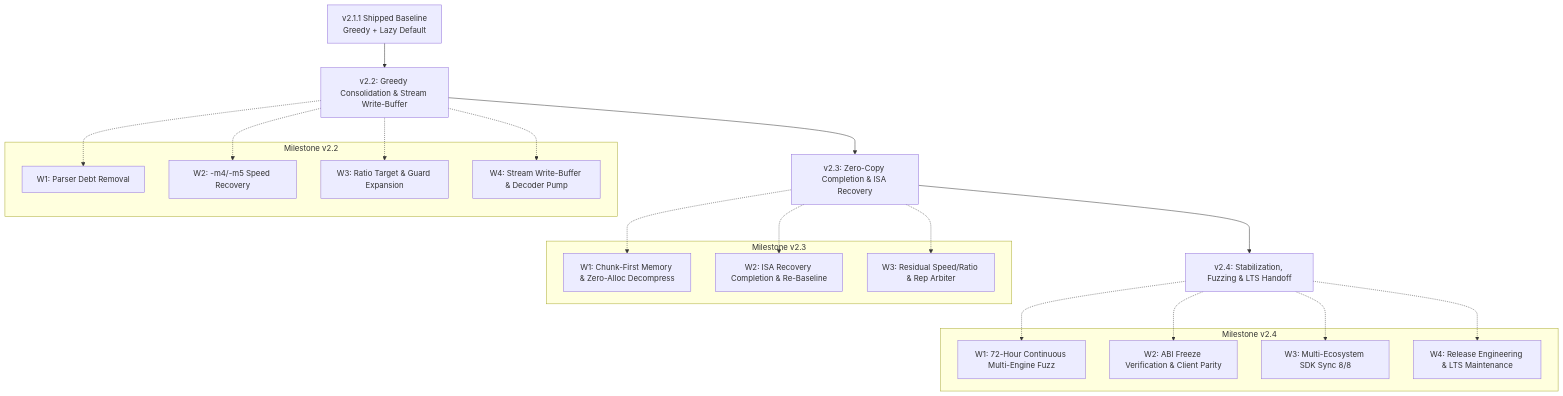
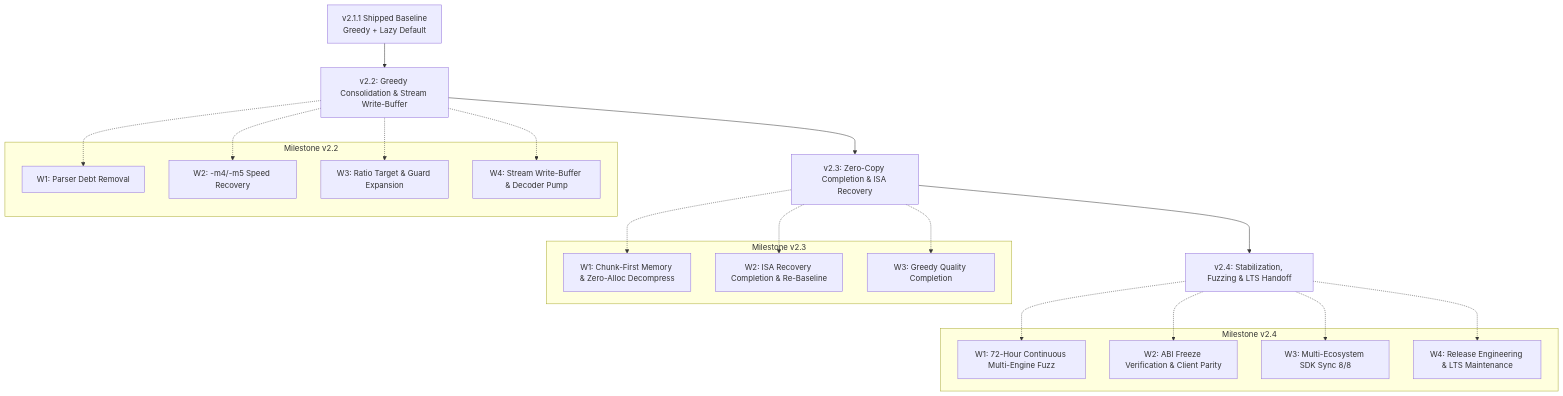
One commit to geometric-dev/openrar changed the diagram in docs/milestones/v2.2-v2.4-roadmap.md. Above: the diagram before and after it, drawn with Mermaid. The commit also changed other lines of this file and 2 other files, not shown here.

````diff
--- a/docs/milestones/v2.2-v2.4-roadmap.md
+++ b/docs/milestones/v2.2-v2.4-roadmap.md
@@ -32,30 +32,30 @@
 ```mermaid
 graph TD
     v211[v2.1.1 Shipped Baseline<br/>Greedy + Lazy Default] --> M22[v2.2: Greedy Consolidation & Stream Write-Buffer]
     M22 --> M23[v2.3: Zero-Copy Completion & ISA Recovery]
     M23 --> M24[v2.4: Stabilization, Fuzzing & LTS Handoff]
 
     subgraph "Milestone v2.2"
         W22_1[W1: Parser Debt Removal]
         W22_2[W2: -m4/-m5 Speed Recovery]
         W22_3[W3: Ratio Target & Guard Expansion]
         W22_4[W4: Stream Write-Buffer & Decoder Pump]
     end
 
     subgraph "Milestone v2.3"
         W23_1[W1: Chunk-First Memory & Zero-Alloc Decompress]
         W23_2[W2: ISA Recovery Completion & Re-Baseline]
-        W23_3[W3: Residual Speed/Ratio & Rep Arbiter]
+        W23_3[W3: Greedy Quality Completion]
     end
 
     subgraph "Milestone v2.4"
         W24_1[W1: 72-Hour Continuous Multi-Engine Fuzz]
         W24_2[W2: ABI Freeze Verification & Client Parity]
         W24_3[W3: Multi-Ecosystem SDK Sync 8/8]
         W24_4[W4: Release Engineering & LTS Maintenance]
     end
 
     M22 -.-> W22_1 & W22_2 & W22_3 & W22_4
     M23 -.-> W23_1 & W23_2 & W23_3
     M24 -.-> W24_1 & W24_2 & W24_3 & W24_4
 ```
````
